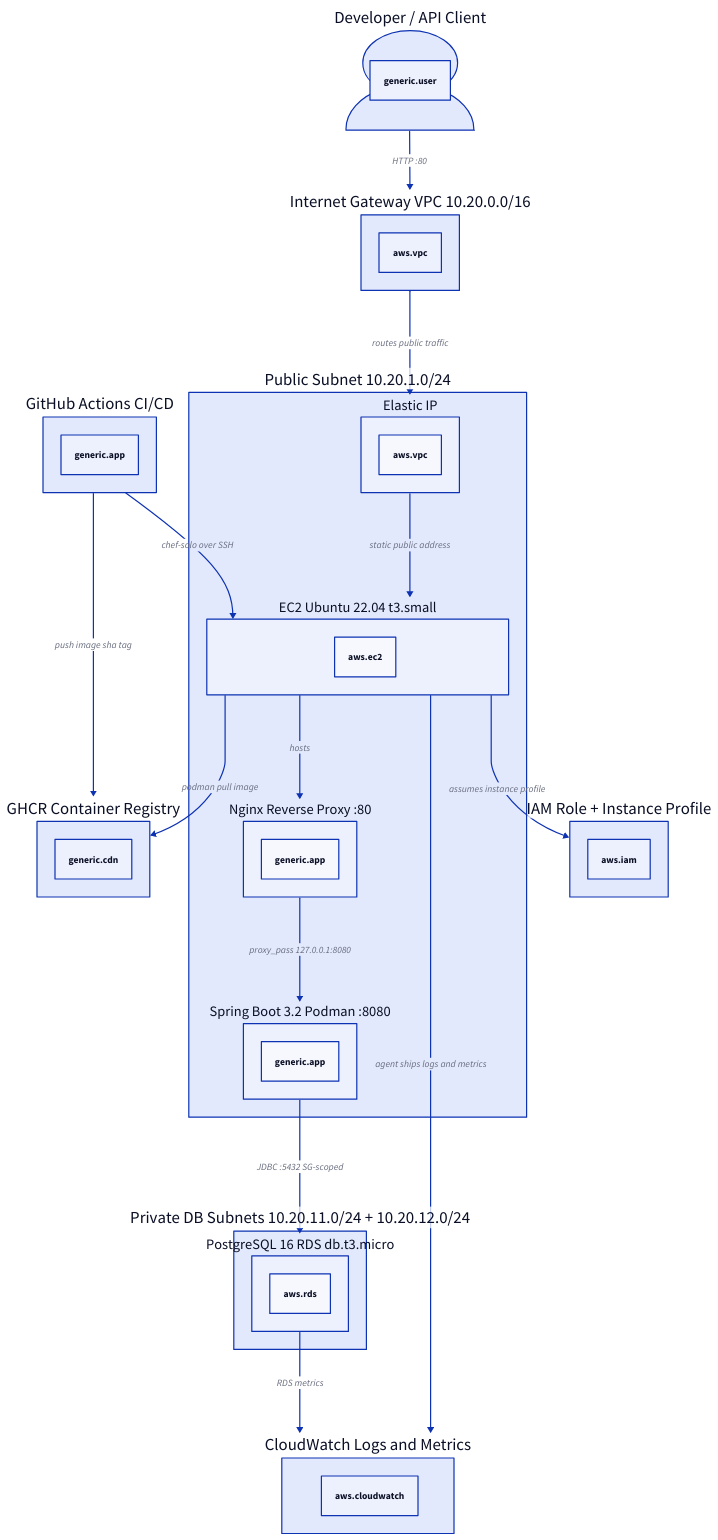
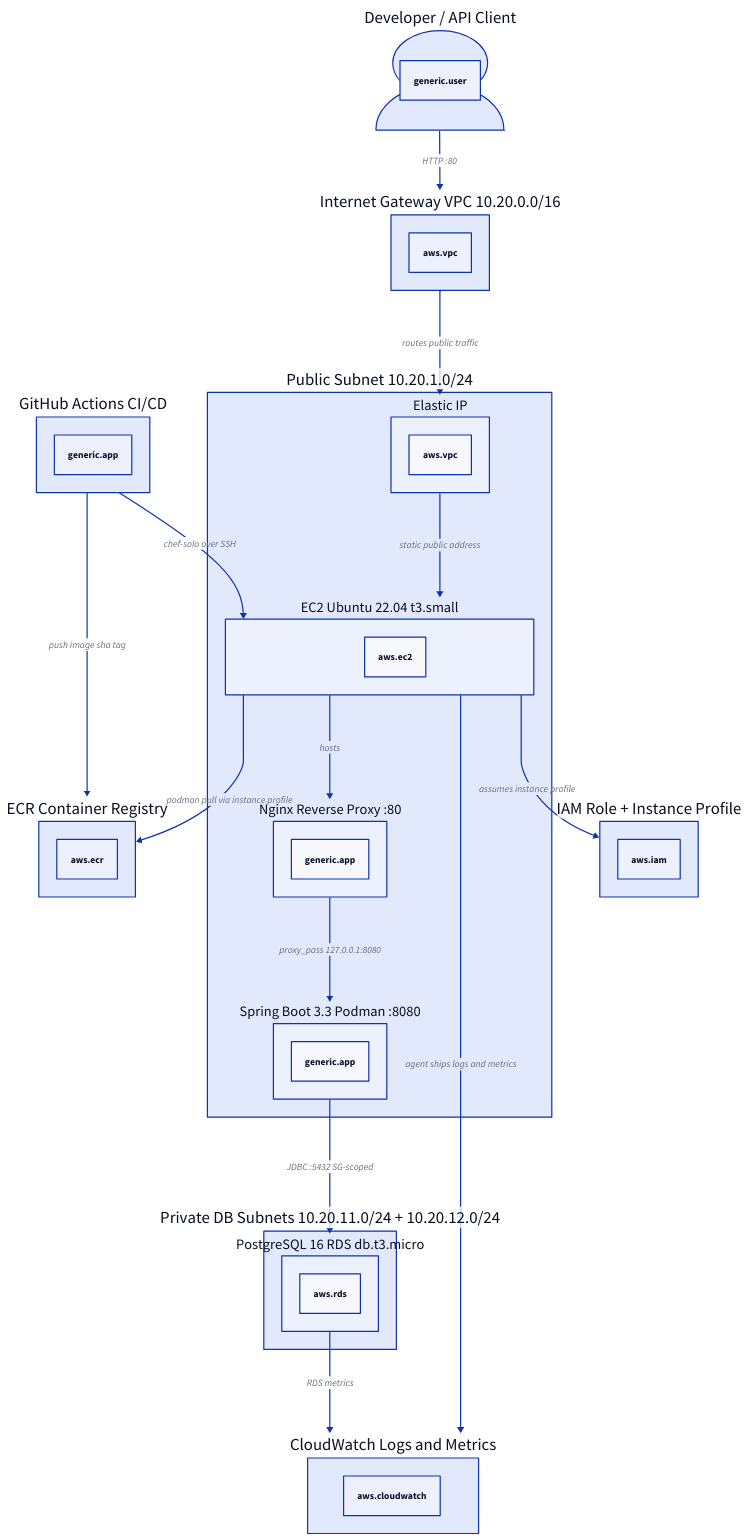
The diagram in .udap/architecture.d2 (rafatusa/employee-management-api), drawn with D2 before and after one commit. The commit also changed 15 other files, not shown here.

First line of the commit message:
fix: move the container registry from GHCR to Amazon ECR

```diff
--- a/.udap/architecture.d2
+++ b/.udap/architecture.d2
@@ -1,30 +1,30 @@
 # udap:meta cloud=aws region=us-east-1 target=ec2
 
 user: Developer / API Client { shape: person; udap-type: generic.user }
 github: GitHub Actions CI/CD { udap-type: generic.app }
-ghcr: GHCR Container Registry { udap-type: generic.cdn }
+ecr: ECR Container Registry { udap-type: aws.ecr }
 igw: Internet Gateway VPC 10.20.0.0/16 { udap-type: aws.vpc }
 public_subnet: Public Subnet 10.20.1.0/24 {
   eip: Elastic IP { udap-type: aws.vpc }
   ec2: EC2 Ubuntu 22.04 t3.small { udap-type: aws.ec2 }
   nginx: Nginx Reverse Proxy :80 { udap-type: generic.app }
-  app: Spring Boot 3.2 Podman :8080 { udap-type: generic.app }
+  app: Spring Boot 3.3 Podman :8080 { udap-type: generic.app }
 }
 db_subnets: Private DB Subnets 10.20.11.0/24 + 10.20.12.0/24 {
   rds: PostgreSQL 16 RDS db.t3.micro { udap-type: aws.rds }
 }
 iam: IAM Role + Instance Profile { udap-type: aws.iam }
 cw: CloudWatch Logs and Metrics { udap-type: aws.cloudwatch }
 
 user -> igw: HTTP :80
 igw -> public_subnet.eip: routes public traffic
 public_subnet.eip -> public_subnet.ec2: static public address
 public_subnet.ec2 -> public_subnet.nginx: hosts
 public_subnet.nginx -> public_subnet.app: proxy_pass 127.0.0.1:8080
 public_subnet.app -> db_subnets.rds: JDBC :5432 SG-scoped
-github -> ghcr: push image sha tag
+github -> ecr: push image sha tag
 github -> public_subnet.ec2: chef-solo over SSH
-public_subnet.ec2 -> ghcr: podman pull image
+public_subnet.ec2 -> ecr: podman pull via instance profile
 public_subnet.ec2 -> iam: assumes instance profile
 public_subnet.ec2 -> cw: agent ships logs and metrics
 db_subnets.rds -> cw: RDS metrics
```
